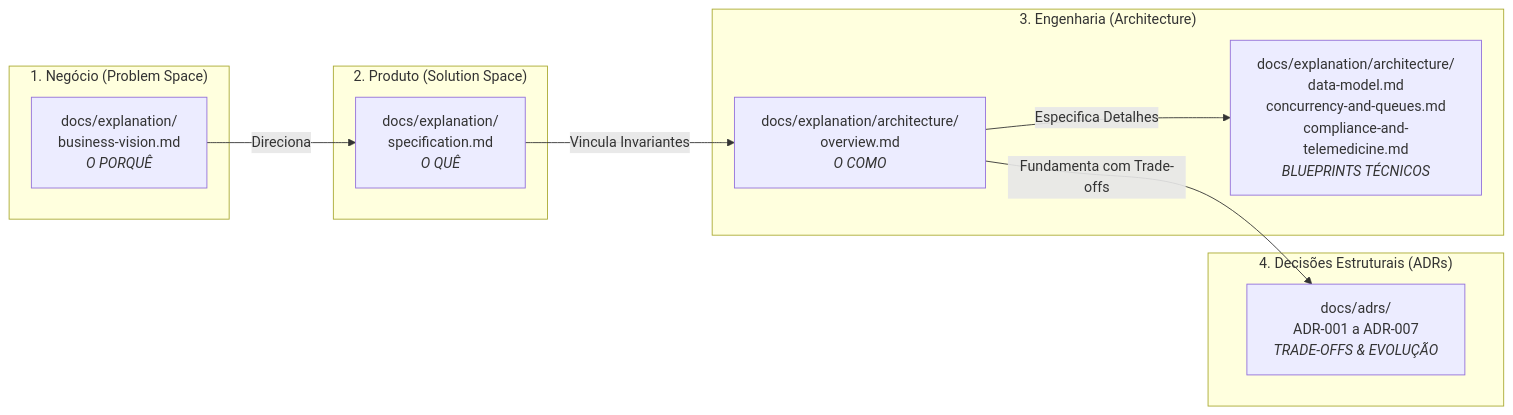
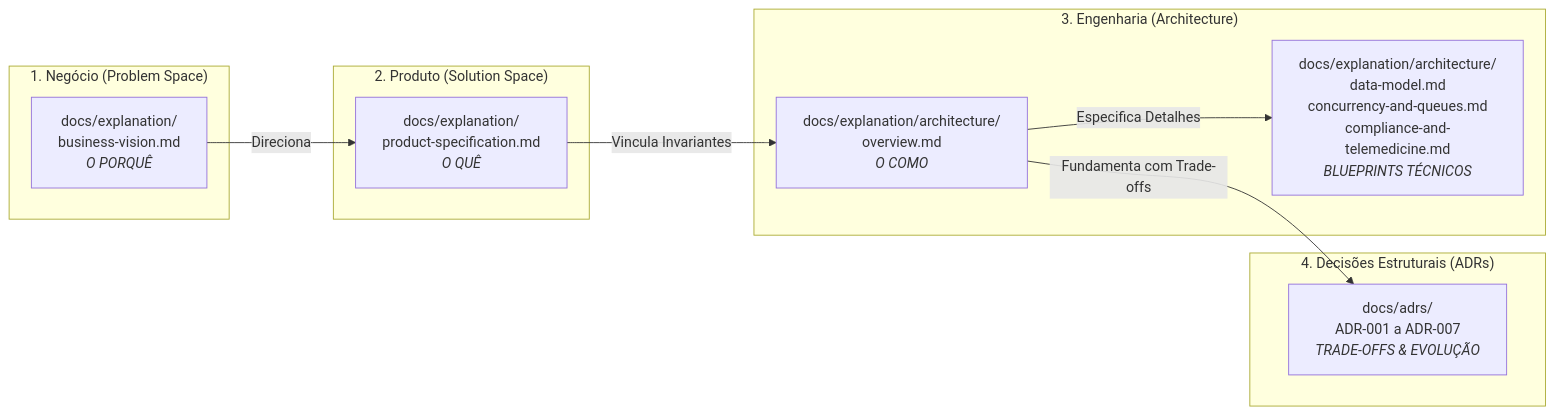
Before and after one commit to Rafaelp122/medisync: the diagram in docs/README.md, drawn with Mermaid.

Commit message:
docs: fix explanation link

````diff
--- a/docs/README.md
+++ b/docs/README.md
@@ -7,24 +7,24 @@
 ```mermaid
 flowchart LR
     subgraph P1["1. Negócio (Problem Space)"]
         BV["docs/explanation/<br/>business-vision.md<br/><i>O PORQUÊ</i>"]
     end
 
     subgraph P2["2. Produto (Solution Space)"]
-        SP["docs/explanation/<br/>specification.md<br/><i>O QUÊ</i>"]
+        SP["docs/explanation/<br/>product-specification.md<br/><i>O QUÊ</i>"]
     end
 
     subgraph P3["3. Engenharia (Architecture)"]
         AR["docs/explanation/architecture/<br/>overview.md<br/><i>O COMO</i>"]
         BM["docs/explanation/architecture/<br/>data-model.md<br/>concurrency-and-queues.md<br/>compliance-and-telemedicine.md<br/><i>BLUEPRINTS TÉCNICOS</i>"]
     end
 
     subgraph P4["4. Decisões Estruturais (ADRs)"]
         ADR["docs/adrs/<br/>ADR-001 a ADR-007<br/><i>TRADE-OFFS & EVOLUÇÃO</i>"]
     end
 
     BV -->|Direciona| SP
     SP -->|Vincula Invariantes| AR
     AR -->|Especifica Detalhes| BM
     AR -->|Fundamenta com Trade-offs| ADR
 ```
````
